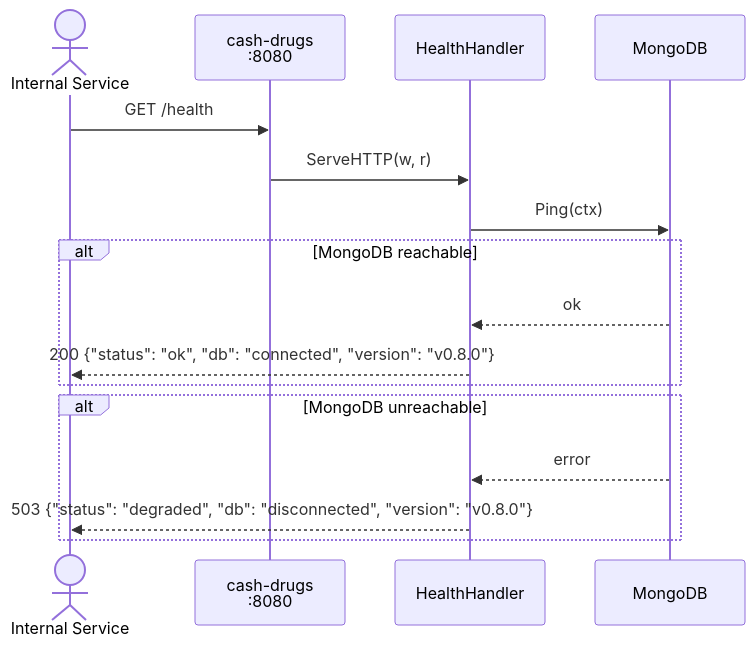
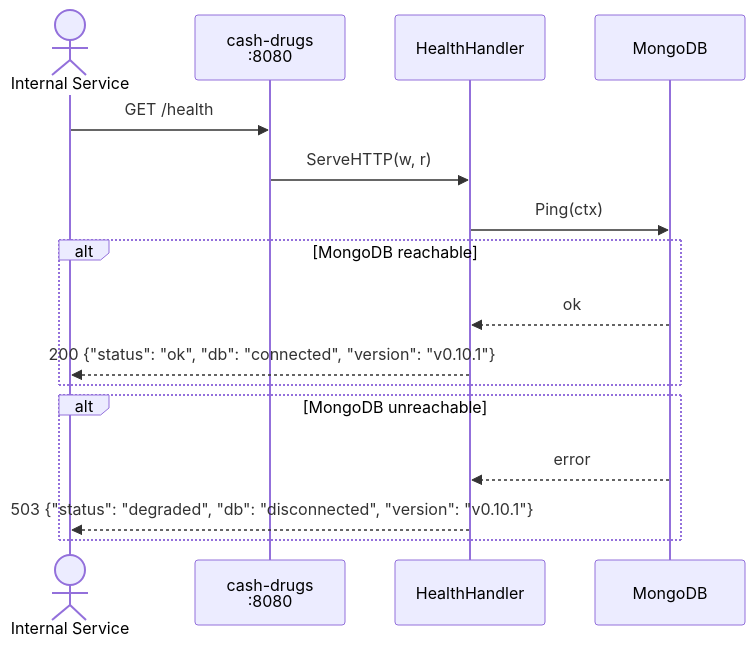
One commit to finish06/cash-drugs changed the tenth of 21 diagrams in docs/sequence-diagram.md. Above: the diagram before and after it, drawn with Mermaid. The commit also changed other lines of this file and 31 other files, not shown here.

````diff
--- a/docs/sequence-diagram.md
+++ b/docs/sequence-diagram.md
@@ -412,21 +427,21 @@
 ```mermaid
 sequenceDiagram
     actor Client as Internal Service
     participant GW as cash-drugs<br/>:8080
     participant HC as HealthHandler
     participant DB as MongoDB
 
     Client->>GW: GET /health
     GW->>HC: ServeHTTP(w, r)
     HC->>DB: Ping(ctx)
 
     alt MongoDB reachable
         DB-->>HC: ok
-        HC-->>Client: 200 {"status": "ok", "db": "connected", "version": "v0.8.0"}
+        HC-->>Client: 200 {"status": "ok", "db": "connected", "version": "v0.10.1"}
     end
 
     alt MongoDB unreachable
         DB-->>HC: error
-        HC-->>Client: 503 {"status": "degraded", "db": "disconnected", "version": "v0.8.0"}
+        HC-->>Client: 503 {"status": "degraded", "db": "disconnected", "version": "v0.10.1"}
     end
 ```
````
